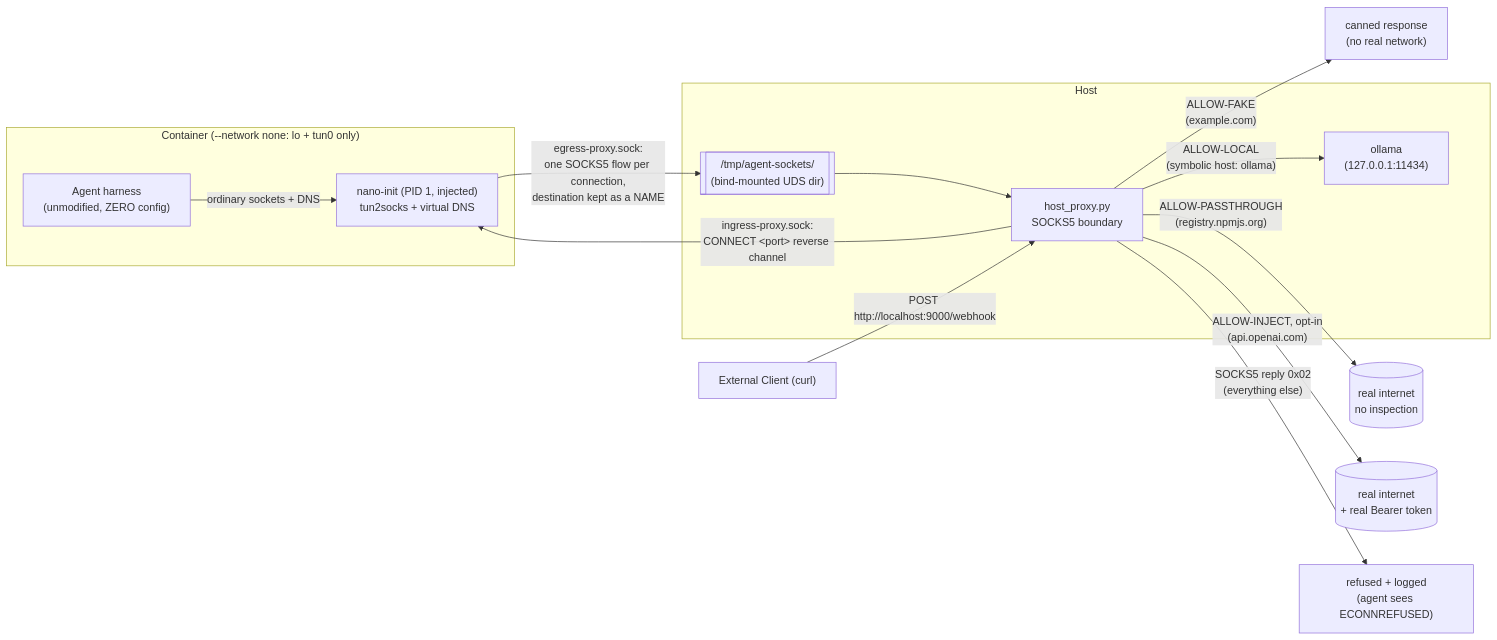
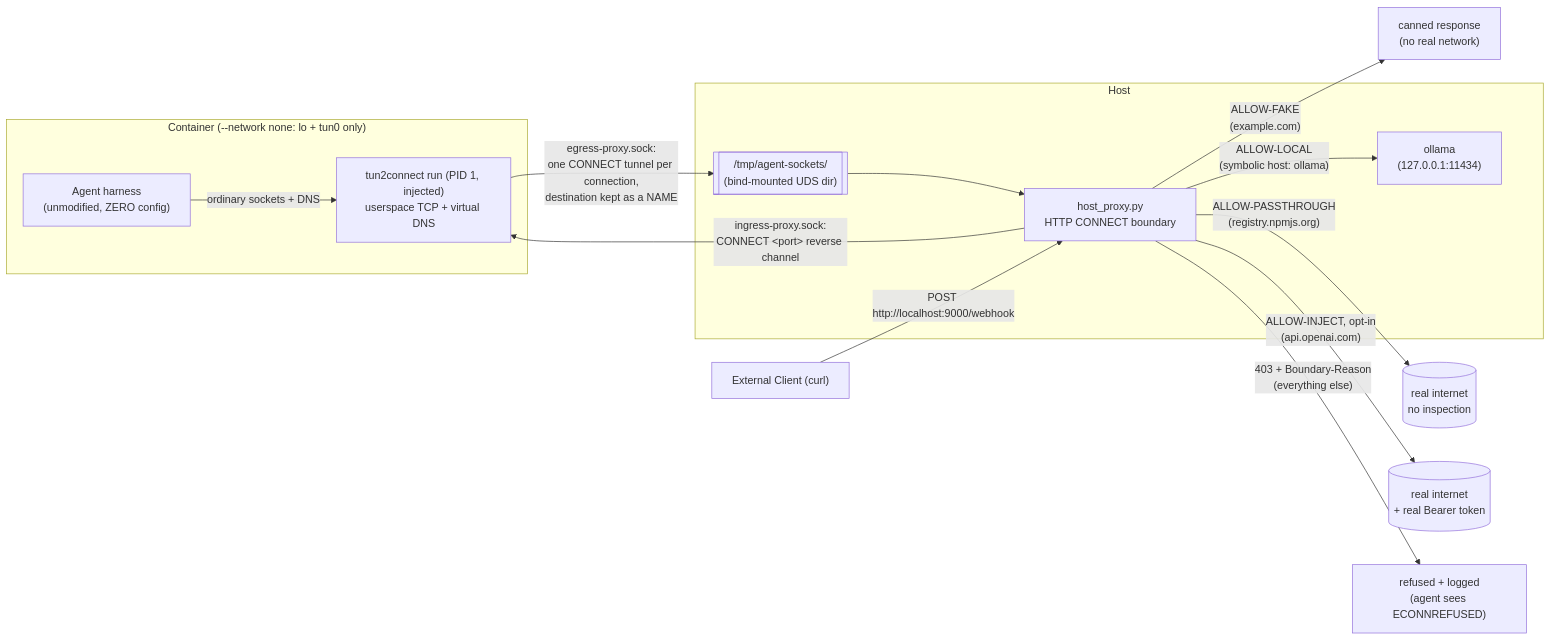
The diagram in demo/README.md (aojea/agents.net), drawn with Mermaid before and after one commit. The commit also changed other lines of this file and 12 other files, not shown here.

````diff
--- a/demo/README.md
+++ b/demo/README.md
@@ -17,22 +17,22 @@
 ```mermaid
 flowchart LR
     subgraph sandbox["Container (--network none: lo + tun0 only)"]
         harness["Agent harness<br/>(unmodified, ZERO config)"]
-        nano["nano-init (PID 1, injected)<br/>tun2socks + virtual DNS"]
-        harness -- "ordinary sockets + DNS" --> nano
+        launcher["tun2connect run (PID 1, injected)<br/>userspace TCP + virtual DNS"]
+        harness -- "ordinary sockets + DNS" --> launcher
     end
     subgraph host["Host"]
         sockets[["/tmp/agent-sockets/<br/>(bind-mounted UDS dir)"]]
-        proxy["host_proxy.py<br/>SOCKS5 boundary"]
+        proxy["host_proxy.py<br/>HTTP CONNECT boundary"]
         ollama["ollama<br/>(127.0.0.1:11434)"]
         sockets --> proxy
     end
-    nano -- "egress-proxy.sock:<br/>one SOCKS5 flow per connection,<br/>destination kept as a NAME" --> sockets
-    proxy -- "ingress-proxy.sock:<br/>CONNECT &lt;port&gt; reverse channel" --> nano
+    launcher -- "egress-proxy.sock:<br/>one CONNECT tunnel per connection,<br/>destination kept as a NAME" --> sockets
+    proxy -- "ingress-proxy.sock:<br/>CONNECT &lt;port&gt; reverse channel" --> launcher
     proxy -- "ALLOW-FAKE<br/>(example.com)" --> canned["canned response<br/>(no real network)"]
     proxy -- "ALLOW-LOCAL<br/>(symbolic host: ollama)" --> ollama
     proxy -- "ALLOW-PASSTHROUGH<br/>(registry.npmjs.org)" --> real1[("real internet<br/>no inspection")]
     proxy -- "ALLOW-INJECT, opt-in<br/>(api.openai.com)" --> real2[("real internet<br/>+ real Bearer token")]
-    proxy -- "SOCKS5 reply 0x02<br/>(everything else)" --> nowhere["refused + logged<br/>(agent sees ECONNREFUSED)"]
+    proxy -- "403 + Boundary-Reason<br/>(everything else)" --> nowhere["refused + logged<br/>(agent sees ECONNREFUSED)"]
     ext["External Client (curl)"] -- "POST http://localhost:9000/webhook" --> proxy
 ```
````
